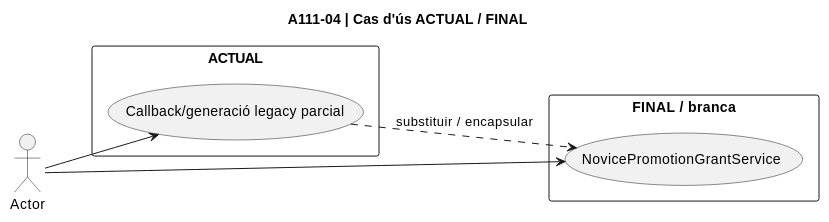
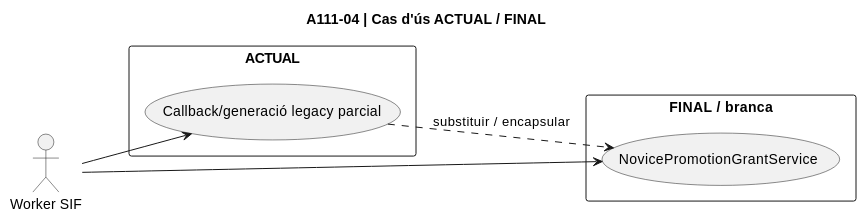
Diagram 13 of 48 in documentacio/07-uml-integrat/uc-111-diagrames-per-accio.md (orgmeriemprismacat-del/verifactu), drawn with PlantUML before and after one commit. The commit also changed other lines of this file, not shown here.

Commit message:
fix docs UC-111: restore explicit actor declarations in all 12 per-action use-case diagrams

````diff
--- a/documentacio/07-uml-integrat/uc-111-diagrames-per-accio.md
+++ b/documentacio/07-uml-integrat/uc-111-diagrames-per-accio.md
@@ -238,15 +241,16 @@
 ```plantuml
 @startuml
 title A111-04 | Cas d'ús ACTUAL / FINAL
 left to right direction
+actor "Worker SIF" as Actor
 rectangle "ACTUAL" {
   usecase "Callback/generació legacy parcial" as Current
 }
 rectangle "FINAL / branca" {
   usecase "NovicePromotionGrantService" as Target
 }
 Actor --> Current
 Actor --> Target
 Current ..> Target : substituir / encapsular
 @enduml
 ```
````
